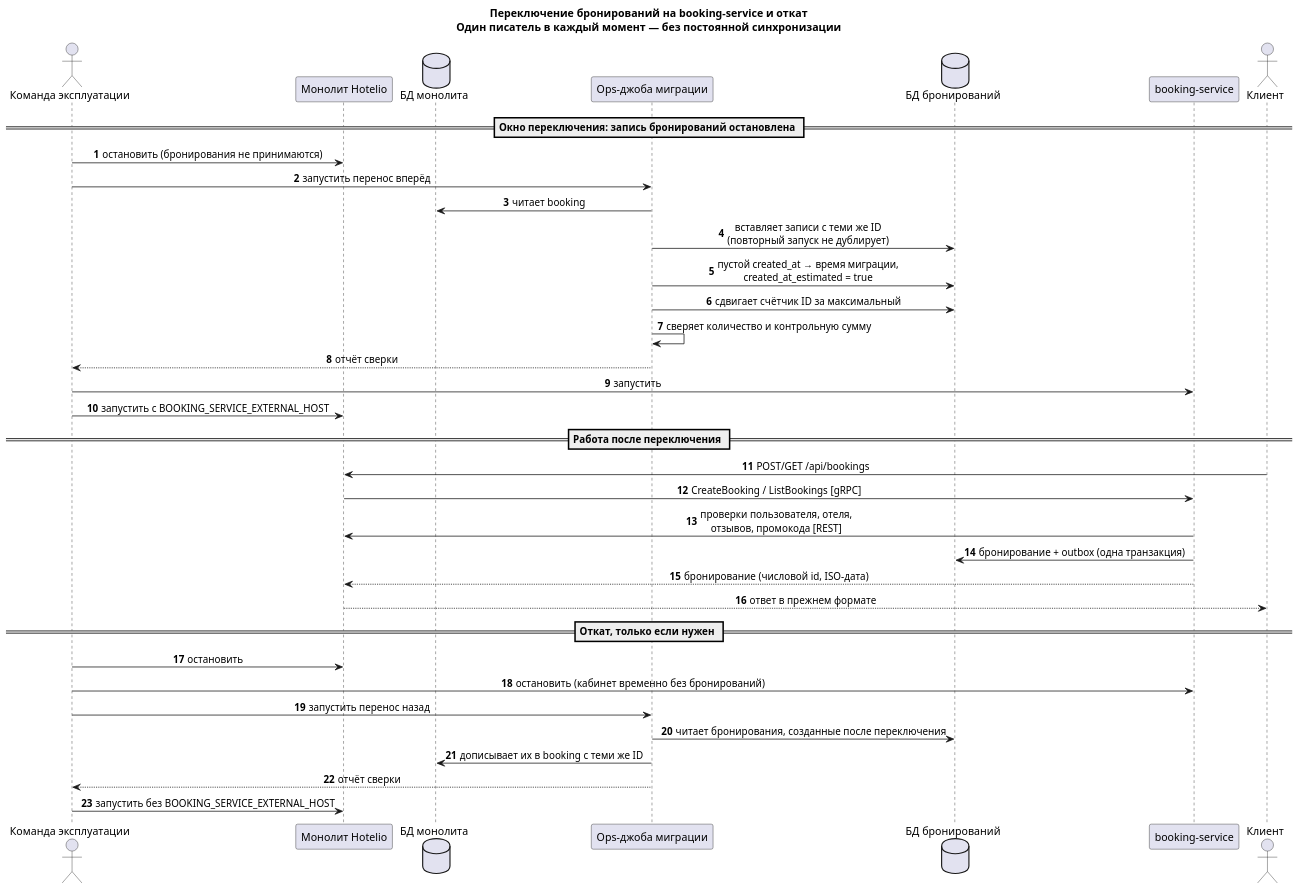
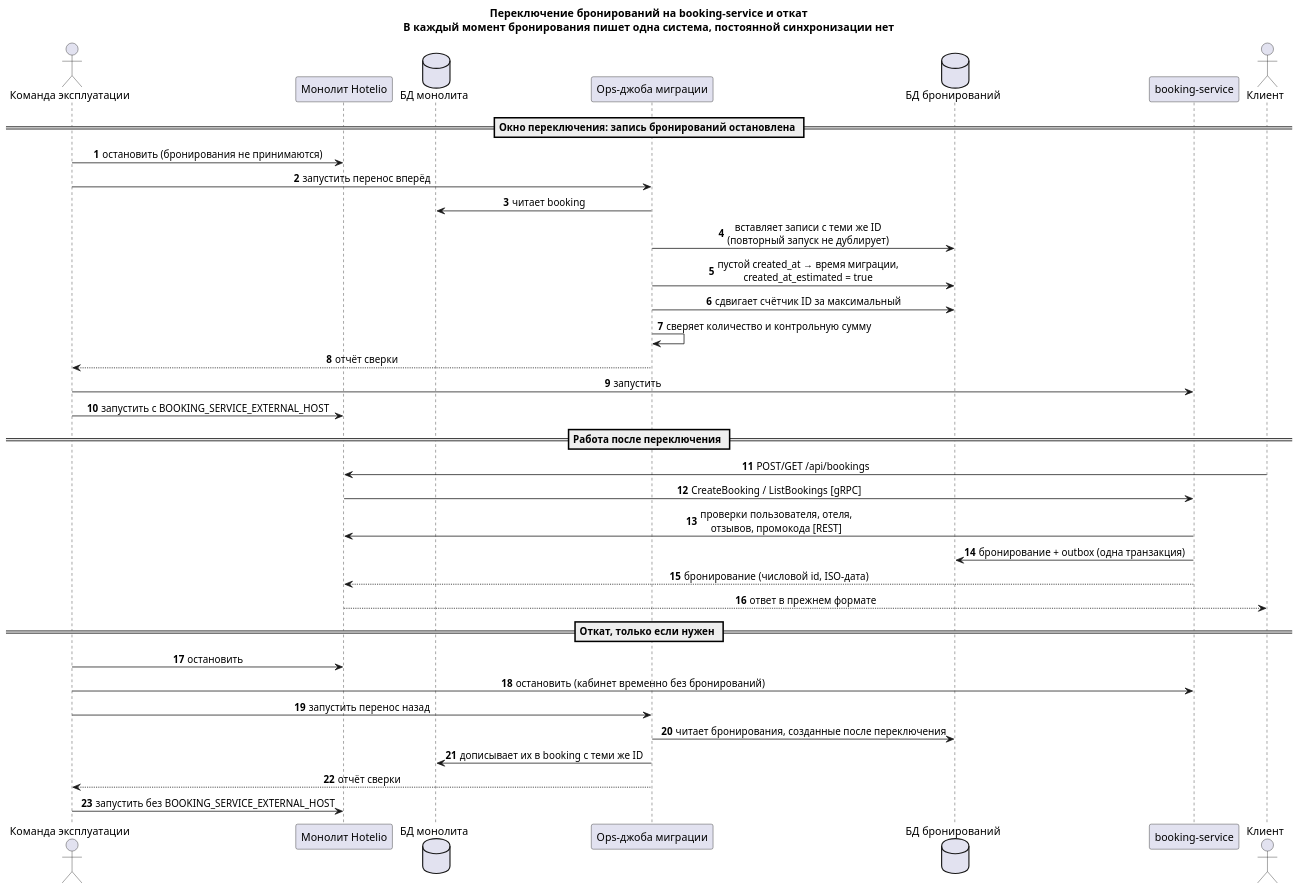
One commit to rozhkovsvyat/msa-sprint2 changed the diagram in tasks/task1/results/diagrams/cutover-sequence.puml. Above: the diagram before and after it, drawn with PlantUML. The commit also changed 24 other files, not shown here.

First line of the commit message:
Задание 1: ADR и схемы проще, C4 из стандартной библиотеки PlantUML

```diff
--- a/tasks/task1/results/diagrams/cutover-sequence.puml
+++ b/tasks/task1/results/diagrams/cutover-sequence.puml
@@ -1,47 +1,47 @@
 @startuml
 skinparam defaultFontName Arial
 skinparam dpi 130
 skinparam sequenceMessageAlign center
 skinparam responseMessageBelowArrow true
 autonumber
 
 title
 Переключение бронирований на booking-service и откат
-Один писатель в каждый момент — без постоянной синхронизации
+В каждый момент бронирования пишет одна система, постоянной синхронизации нет
 end title
 
 actor "Команда эксплуатации" as ops
 participant "Монолит Hotelio" as mono
 database "БД монолита" as mdb
 participant "Ops-джоба миграции" as job
 database "БД бронирований" as bdb
 participant "booking-service" as bs
 actor "Клиент" as client
 
 == Окно переключения: запись бронирований остановлена ==
 ops -> mono : остановить (бронирования не принимаются)
 ops -> job : запустить перенос вперёд
 job -> mdb : читает booking
 job -> bdb : вставляет записи с теми же ID\n(повторный запуск не дублирует)
 job -> bdb : пустой created_at → время миграции,\ncreated_at_estimated = true
 job -> bdb : сдвигает счётчик ID за максимальный
 job -> job : сверяет количество и контрольную сумму
 job --> ops : отчёт сверки
 ops -> bs : запустить
 ops -> mono : запустить с BOOKING_SERVICE_EXTERNAL_HOST
 == Работа после переключения ==
 client -> mono : POST/GET /api/bookings
 mono -> bs : CreateBooking / ListBookings [gRPC]
 bs -> mono : проверки пользователя, отеля,\nотзывов, промокода [REST]
 bs -> bdb : бронирование + outbox (одна транзакция)
 bs --> mono : бронирование (числовой id, ISO-дата)
 mono --> client : ответ в прежнем формате
 == Откат, только если нужен ==
 ops -> mono : остановить
 ops -> bs : остановить (кабинет временно без бронирований)
 ops -> job : запустить перенос назад
 job -> bdb : читает бронирования, созданные после переключения
 job -> mdb : дописывает их в booking с теми же ID
 job --> ops : отчёт сверки
 ops -> mono : запустить без BOOKING_SERVICE_EXTERNAL_HOST
 @enduml
```
